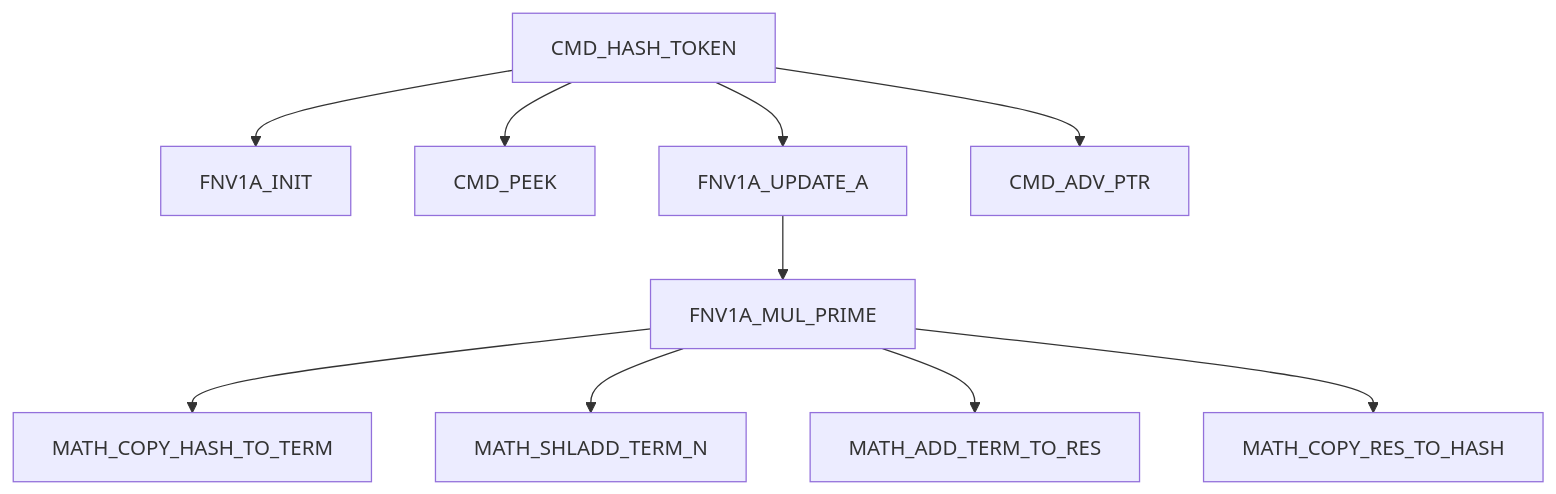
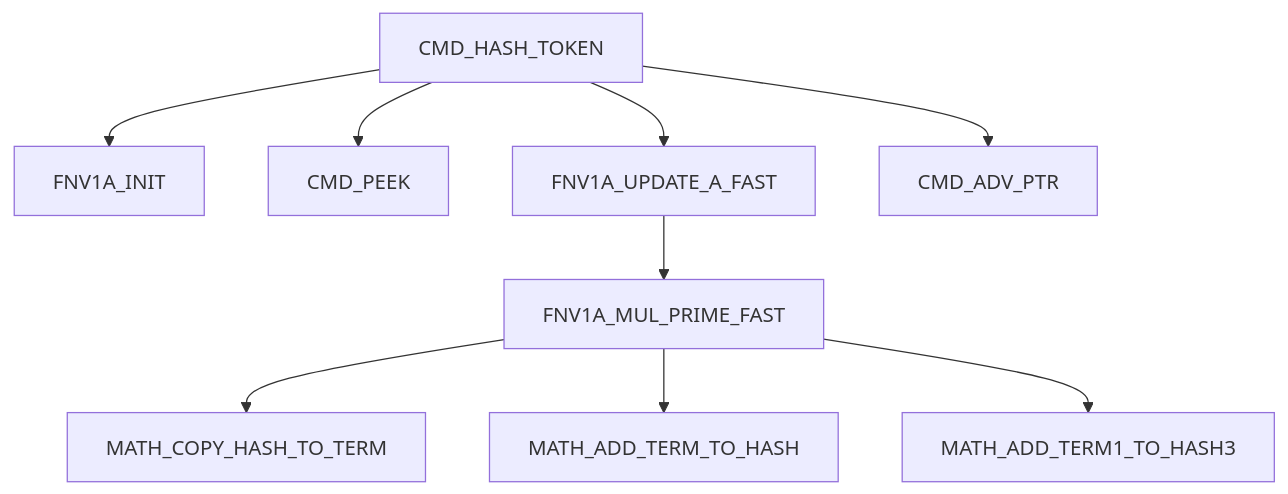
The third of 7 diagrams in DOC/GUIDES/ASM/SYMBOL_XREF.md (95westus/R-YORS), drawn with Mermaid before and after one commit. The commit also changed other lines of this file and 85 other files, not shown here.

````diff
--- a/DOC/GUIDES/ASM/SYMBOL_XREF.md
+++ b/DOC/GUIDES/ASM/SYMBOL_XREF.md
@@ -436,12 +436,11 @@
 ```mermaid
 flowchart TD
     CMD_HASH_TOKEN --> FNV1A_INIT
     CMD_HASH_TOKEN --> CMD_PEEK
-    CMD_HASH_TOKEN --> FNV1A_UPDATE_A
+    CMD_HASH_TOKEN --> FNV1A_UPDATE_A_FAST
     CMD_HASH_TOKEN --> CMD_ADV_PTR
-    FNV1A_UPDATE_A --> FNV1A_MUL_PRIME
-    FNV1A_MUL_PRIME --> MATH_COPY_HASH_TO_TERM
-    FNV1A_MUL_PRIME --> MATH_SHLADD_TERM_N
-    FNV1A_MUL_PRIME --> MATH_ADD_TERM_TO_RES
-    FNV1A_MUL_PRIME --> MATH_COPY_RES_TO_HASH
+    FNV1A_UPDATE_A_FAST --> FNV1A_MUL_PRIME_FAST
+    FNV1A_MUL_PRIME_FAST --> MATH_COPY_HASH_TO_TERM
+    FNV1A_MUL_PRIME_FAST --> MATH_ADD_TERM_TO_HASH
+    FNV1A_MUL_PRIME_FAST --> MATH_ADD_TERM1_TO_HASH3
 ```
````
